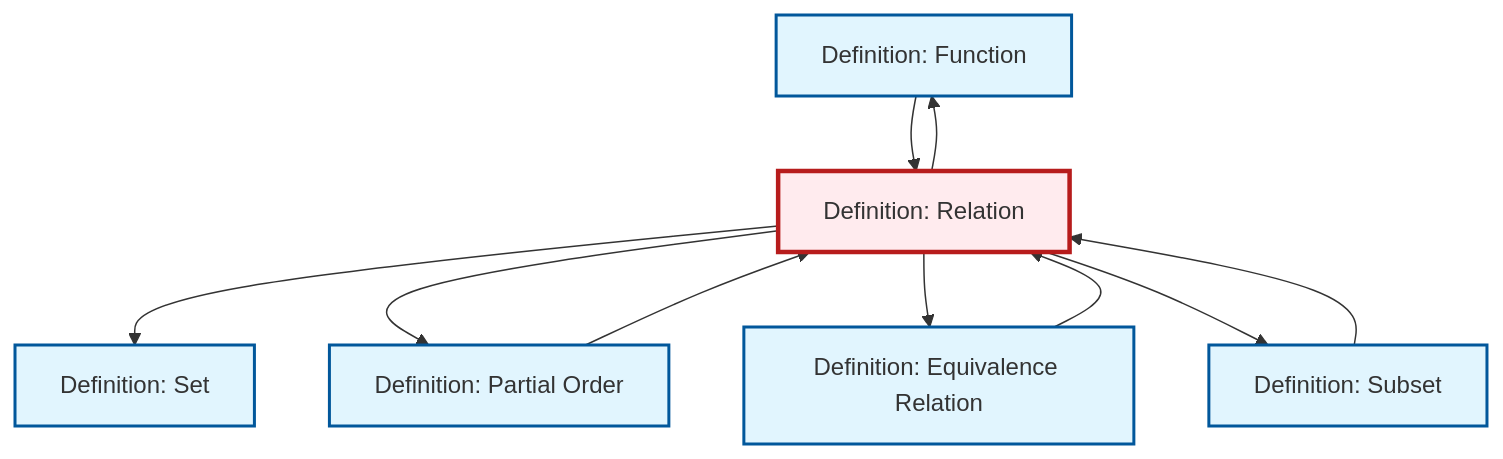
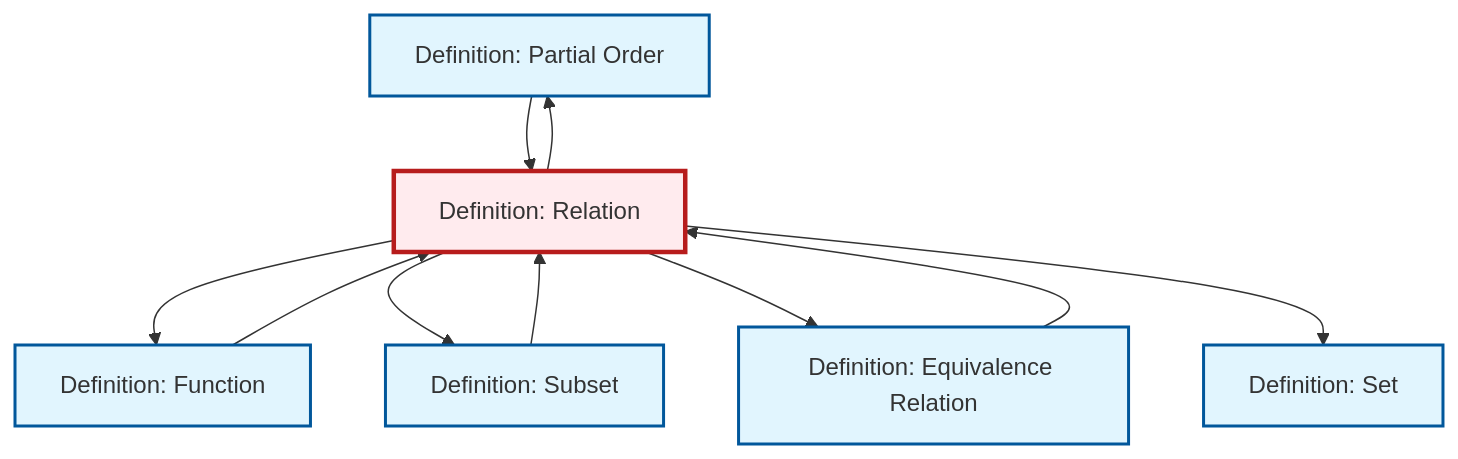
The diagram in content/ja/logic-set-theory/def-relation.qmd (RK0429/ModernMath), drawn with Mermaid before and after one commit. The commit also changed other lines of this file and 597 other files, not shown here.

````diff
--- a/content/ja/logic-set-theory/def-relation.qmd
+++ b/content/ja/logic-set-theory/def-relation.qmd
@@ -91,30 +91,30 @@
 ```{mermaid}
 %%| fig-cap: "Local dependency graph"
 graph TD
     classDef definition fill:#e1f5fe,stroke:#01579b,stroke-width:2px
     classDef theorem fill:#f3e5f5,stroke:#4a148c,stroke-width:2px
     classDef axiom fill:#fff3e0,stroke:#e65100,stroke-width:2px
     classDef example fill:#e8f5e9,stroke:#1b5e20,stroke-width:2px
     classDef current fill:#ffebee,stroke:#b71c1c,stroke-width:3px
-    def-function["Definition: Function"]:::definition
+    def-partial-order["Definition: Partial Order"]:::definition
     def-subset["Definition: Subset"]:::definition
     def-equivalence-relation["Definition: Equivalence Relation"]:::definition
-    def-partial-order["Definition: Partial Order"]:::definition
+    def-function["Definition: Function"]:::definition
+    def-set["Definition: Set"]:::definition
     def-relation["Definition: Relation"]:::definition
-    def-set["Definition: Set"]:::definition
-    def-subset --> def-relation
+    def-relation --> def-partial-order
     def-function --> def-relation
     def-relation --> def-function
+    def-partial-order --> def-relation
+    def-relation --> def-subset
+    def-subset --> def-relation
+    def-relation --> def-equivalence-relation
+    def-relation --> def-set
     def-equivalence-relation --> def-relation
-    def-relation --> def-set
-    def-relation --> def-partial-order
-    def-partial-order --> def-relation
-    def-relation --> def-equivalence-relation
-    def-relation --> def-subset
     class def-relation current
-    click def-function "def-function.html" "Definition: Functionへ"
+    click def-partial-order "def-partial-order.html" "Definition: Partial Orderへ"
     click def-subset "def-subset.html" "Definition: Subsetへ"
     click def-equivalence-relation "def-equivalence-relation.html" "Definition: Equivalence Relationへ"
-    click def-partial-order "def-partial-order.html" "Definition: Partial Orderへ"
+    click def-function "def-function.html" "Definition: Functionへ"
     click def-set "def-set.html" "Definition: Setへ"
 ```
````
